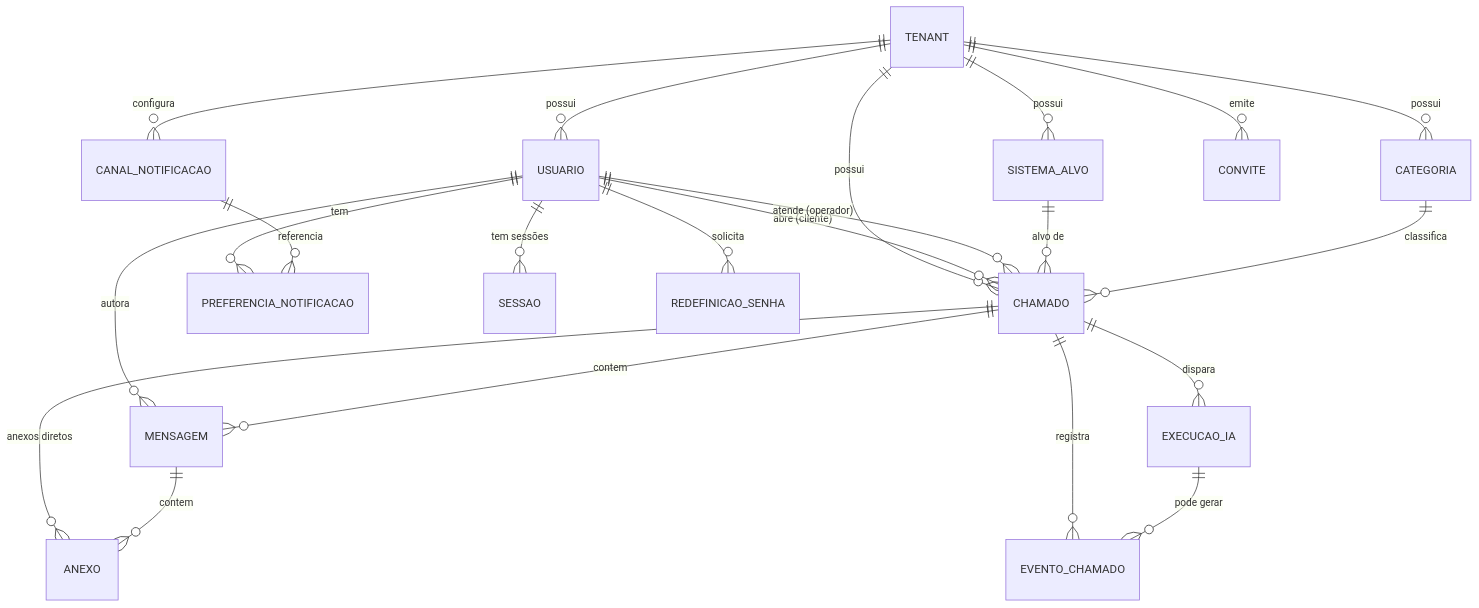
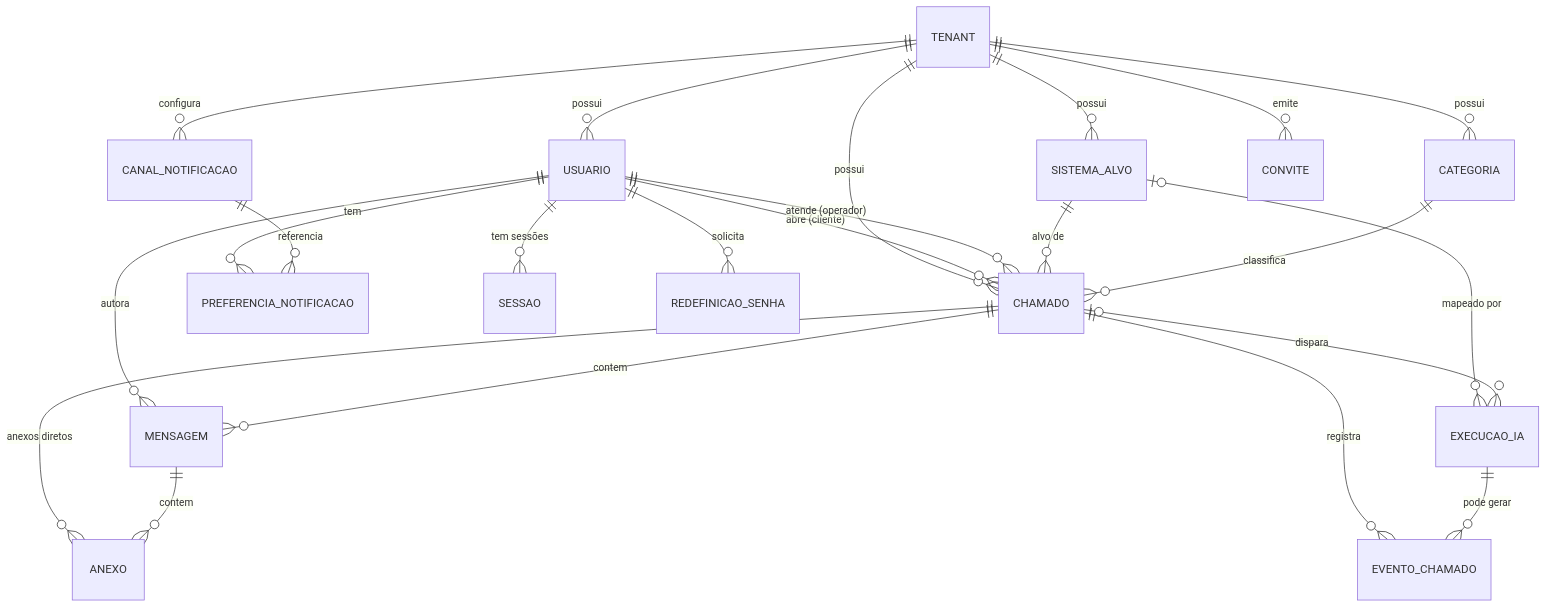
One commit to isaqueks/chamados changed the diagram in specs/02-modelo-de-dados.md. Above: the diagram before and after it, drawn with Mermaid. The commit also changed other lines of this file and 36 other files, not shown here.

````diff
--- a/specs/02-modelo-de-dados.md
+++ b/specs/02-modelo-de-dados.md
@@ -165,29 +165,30 @@
 ```mermaid
 erDiagram
     TENANT ||--o{ USUARIO : possui
     TENANT ||--o{ SISTEMA_ALVO : possui
     TENANT ||--o{ CATEGORIA : possui
     TENANT ||--o{ CHAMADO : possui
     TENANT ||--o{ CANAL_NOTIFICACAO : configura
     TENANT ||--o{ CONVITE : emite
 
     USUARIO ||--o{ CHAMADO : "abre (cliente)"
     USUARIO ||--o{ CHAMADO : "atende (operador)"
     USUARIO ||--o{ MENSAGEM : autora
     USUARIO ||--o{ PREFERENCIA_NOTIFICACAO : tem
     USUARIO ||--o{ SESSAO : "tem sessões"
     USUARIO ||--o{ REDEFINICAO_SENHA : "solicita"
 
     SISTEMA_ALVO ||--o{ CHAMADO : "alvo de"
+    SISTEMA_ALVO |o--o{ EXECUCAO_IA : "mapeado por"
     CATEGORIA ||--o{ CHAMADO : classifica
 
     CHAMADO ||--o{ MENSAGEM : contem
     CHAMADO ||--o{ EVENTO_CHAMADO : registra
-    CHAMADO ||--o{ EXECUCAO_IA : dispara
+    CHAMADO |o--o{ EXECUCAO_IA : dispara
     CHAMADO ||--o{ ANEXO : "anexos diretos"
 
     MENSAGEM ||--o{ ANEXO : contem
 
     CANAL_NOTIFICACAO ||--o{ PREFERENCIA_NOTIFICACAO : referencia
     EXECUCAO_IA ||--o{ EVENTO_CHAMADO : "pode gerar"
 ```
````
